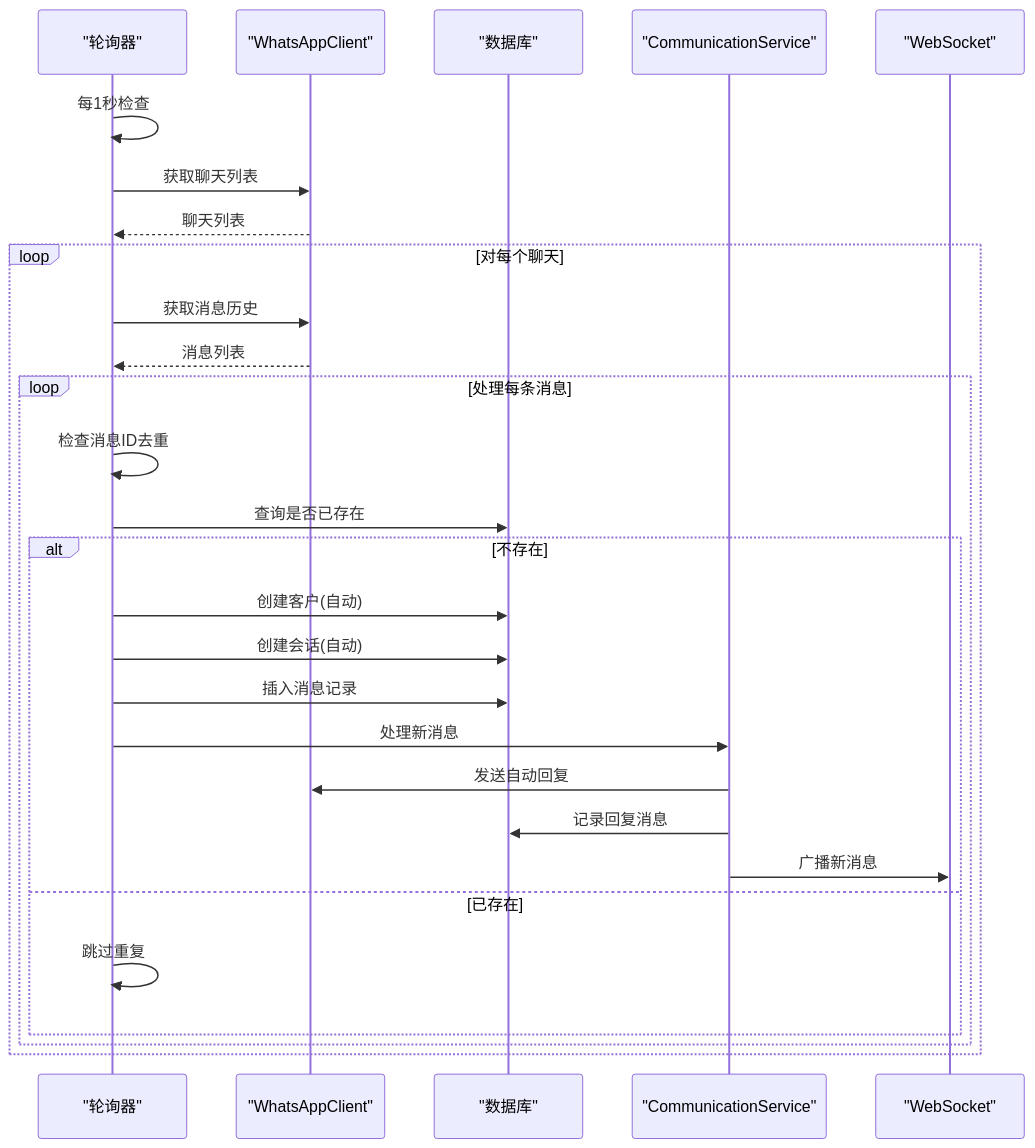
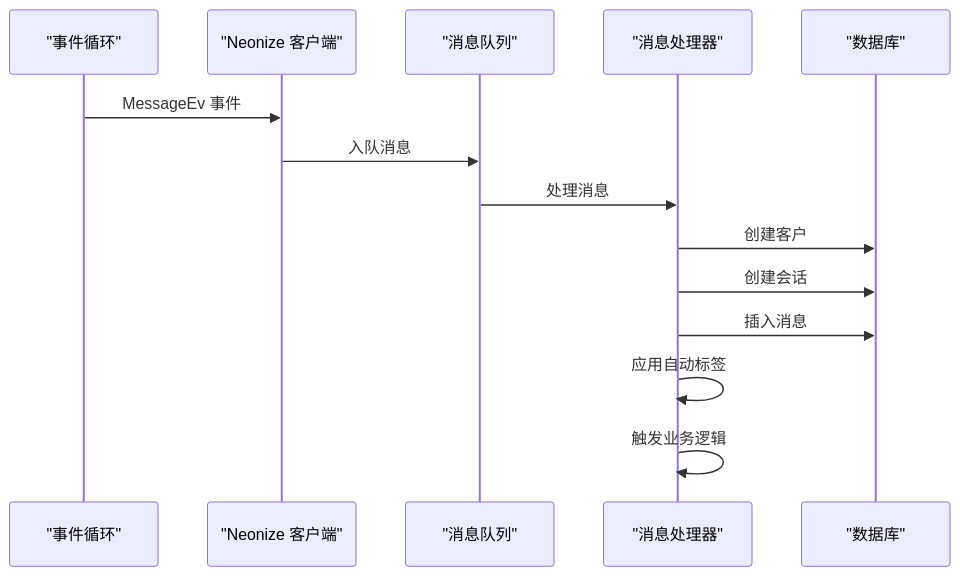
The sixth of 10 diagrams in .qoder/repowiki/zh/content/核心模块/WhatsApp集成模块.md (2950730liao-hub/whatsapp-reply), drawn with Mermaid before and after one commit. The commit also changed other lines of this file and 15 other files, not shown here.

````diff
--- a/.qoder/repowiki/zh/content/核心模块/WhatsApp集成模块.md
+++ b/.qoder/repowiki/zh/content/核心模块/WhatsApp集成模块.md
@@ -287,30 +418,16 @@
 ```mermaid
 sequenceDiagram
-participant Poll as "轮询器"
-participant WA as "WhatsAppClient"
+participant EventLoop as "事件循环"
+participant Neonize as "Neonize 客户端"
+participant Queue as "消息队列"
+participant Handler as "消息处理器"
 participant DB as "数据库"
-participant Comm as "CommunicationService"
-participant WS as "WebSocket"
-Poll->>Poll : 每1秒检查
-Poll->>WA : 获取聊天列表
-WA-->>Poll : 聊天列表
-loop 对每个聊天
-Poll->>WA : 获取消息历史
-WA-->>Poll : 消息列表
-loop 处理每条消息
-Poll->>Poll : 检查消息ID去重
-Poll->>DB : 查询是否已存在
-alt 不存在
-Poll->>DB : 创建客户(自动)
-Poll->>DB : 创建会话(自动)
-Poll->>DB : 插入消息记录
-Poll->>Comm : 处理新消息
-Comm->>WA : 发送自动回复
-Comm->>DB : 记录回复消息
-Comm->>WS : 广播新消息
-else 已存在
-Poll->>Poll : 跳过重复
-end
-end
-end
+EventLoop->>Neonize : MessageEv 事件
+Neonize->>Queue : 入队消息
+Queue->>Handler : 处理消息
+Handler->>DB : 创建客户
+Handler->>DB : 创建会话
+Handler->>DB : 插入消息
+Handler->>Handler : 应用自动标签
+Handler->>Handler : 触发业务逻辑
 ```
````
